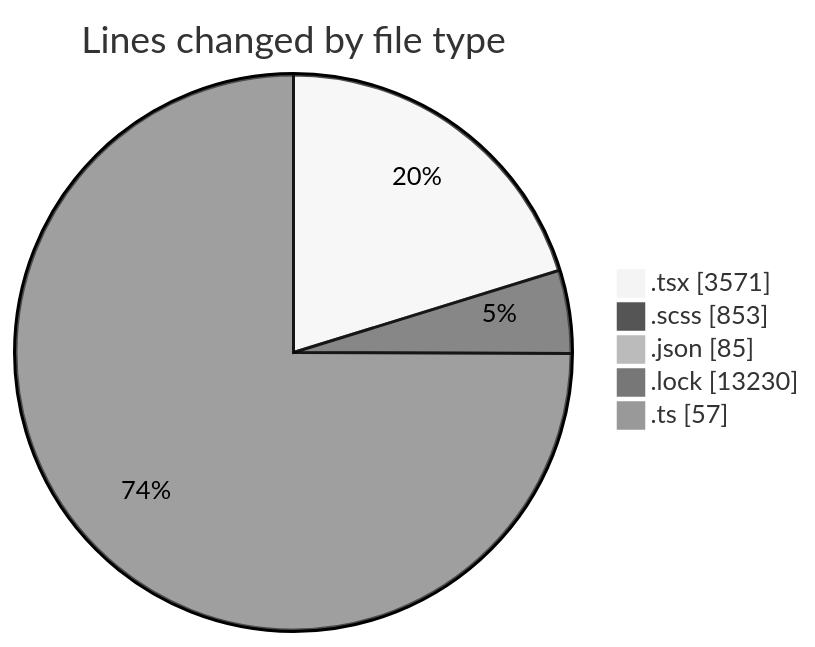
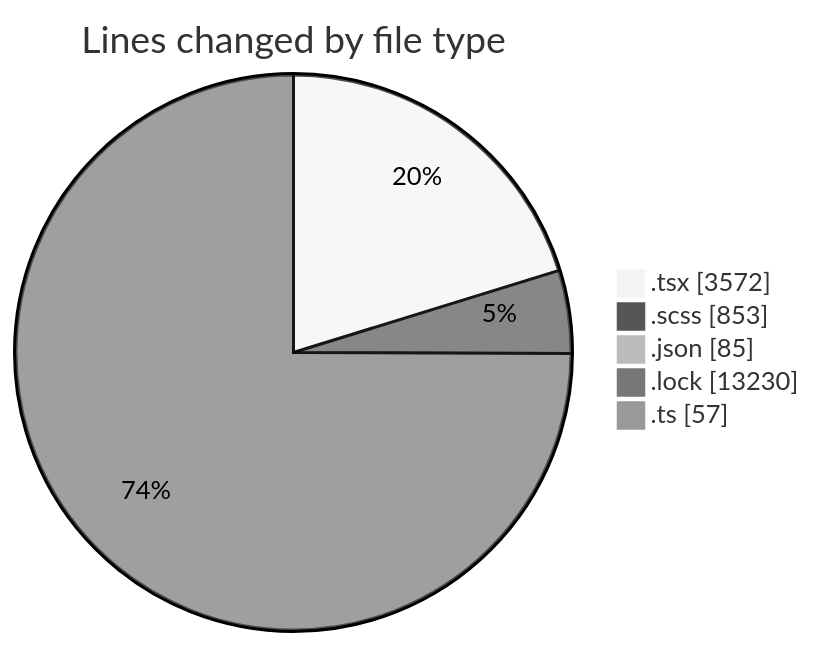
The first of 2 diagrams in 2025-10-03/cda/README.md (momahboobian/code-tracking), drawn with Mermaid (neutral theme) before and after one commit. The commit also changed other lines of this file and 1 other file, not shown here.

````diff
--- a/2025-10-03/cda/README.md
+++ b/2025-10-03/cda/README.md
@@ -30,9 +30,9 @@
 ```mermaid
 pie showData
 title Lines changed by file type
-".tsx" : 3571
+".tsx" : 3572
 ".scss" : 853
 ".json" : 85
 ".lock" : 13230
 ".ts" : 57
 ```
````
